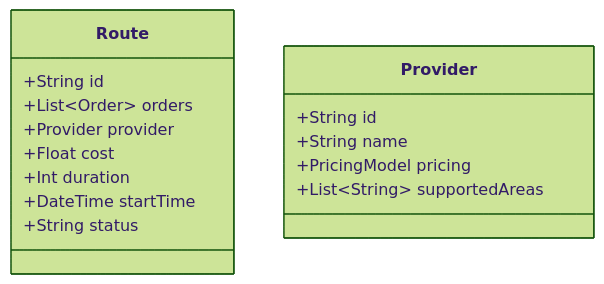
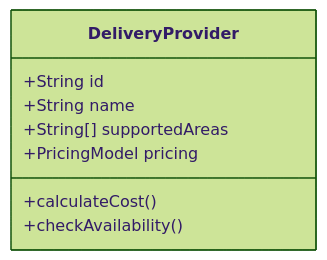
One commit to Dolpheyn/antar changed the second of 2 diagrams in docs/tech/specs/data/index.md. Above: the diagram before and after it, drawn with Mermaid (forest theme). The commit also changed other lines of this file and 17 other files, not shown here.

````diff
--- a/docs/tech/specs/data/index.md
+++ b/docs/tech/specs/data/index.md
@@ -36,19 +22,11 @@
 ```mermaid
 classDiagram
-    class Route {
-        +String id
-        +List~Order~ orders
-        +Provider provider
-        +Float cost
-        +Int duration
-        +DateTime startTime
-        +String status
-    }
-
-    class Provider {
+    class DeliveryProvider {
         +String id
         +String name
+        +String[] supportedAreas
         +PricingModel pricing
-        +List~String~ supportedAreas
+        +calculateCost()
+        +checkAvailability()
     }
 ```
````
